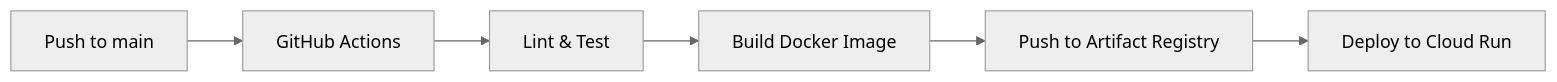
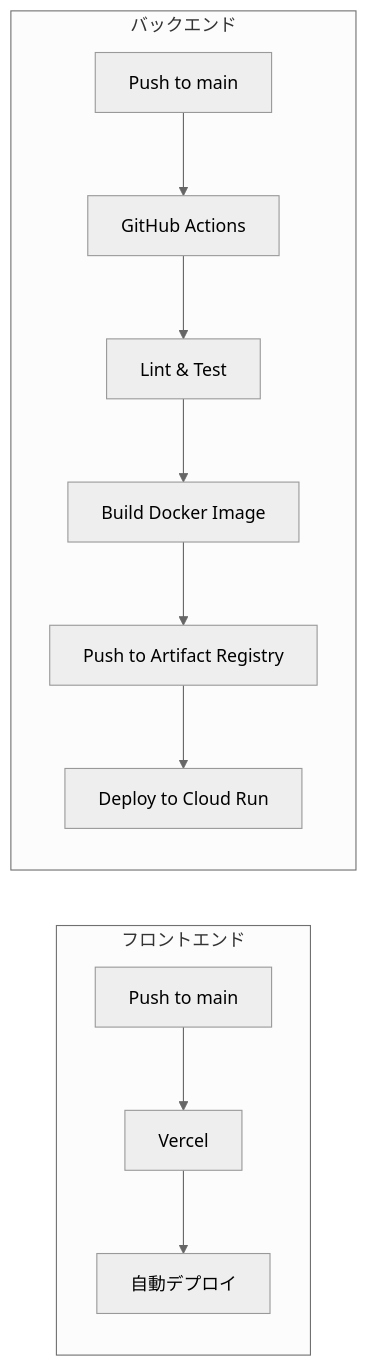
Before and after one commit to nuance-sudo/drawing-practice-agent-gch4: the first of 3 diagrams in docs/architecture.md, drawn with Mermaid (neutral theme). The commit also changed other lines of this file and 13 other files, not shown here.

````diff
--- a/docs/architecture.md
+++ b/docs/architecture.md
@@ -57,8 +76,15 @@
 ```mermaid
 flowchart LR
-    A[Push to main] --> B[GitHub Actions]
-    B --> C[Lint & Test]
-    C --> D[Build Docker Image]
-    D --> E[Push to Artifact Registry]
-    E --> F[Deploy to Cloud Run]
+    subgraph Frontend["フロントエンド"]
+        A1[Push to main] --> B1[Vercel]
+        B1 --> C1[自動デプロイ]
+    end
+    
+    subgraph Backend["バックエンド"]
+        A2[Push to main] --> B2[GitHub Actions]
+        B2 --> C2[Lint & Test]
+        C2 --> D2[Build Docker Image]
+        D2 --> E2[Push to Artifact Registry]
+        E2 --> F2[Deploy to Cloud Run]
+    end
 ```
````
